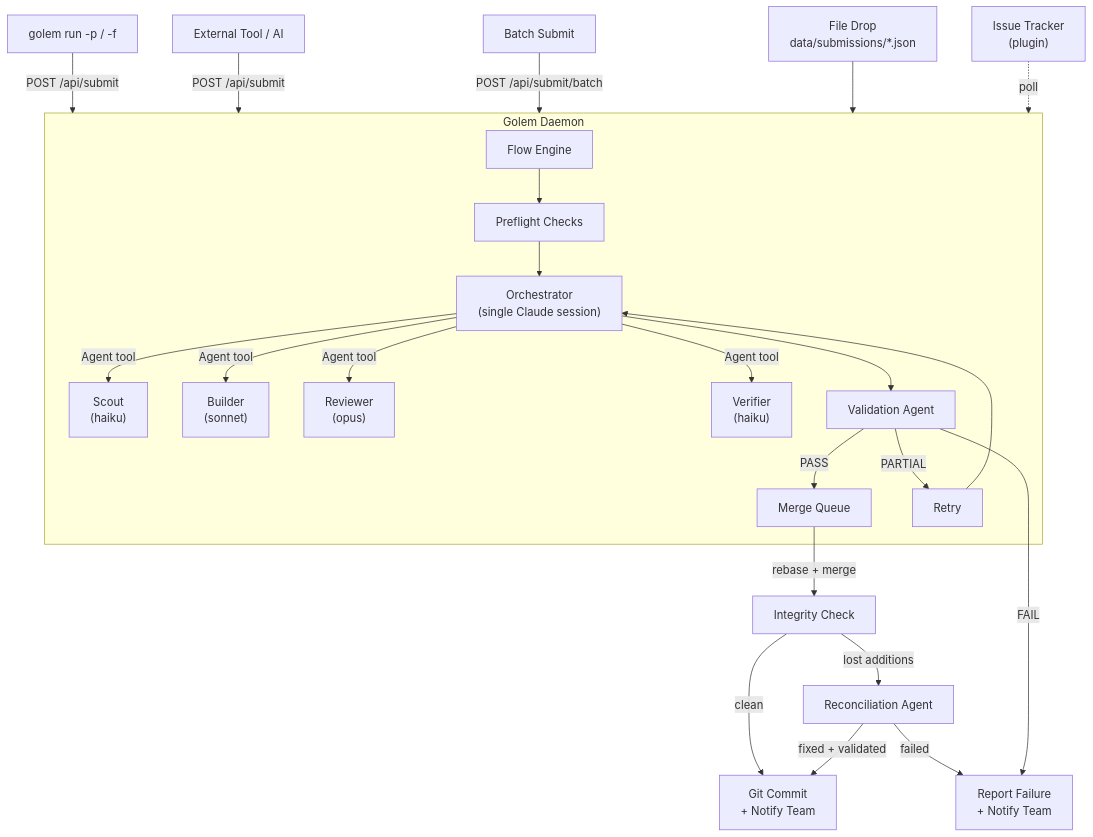
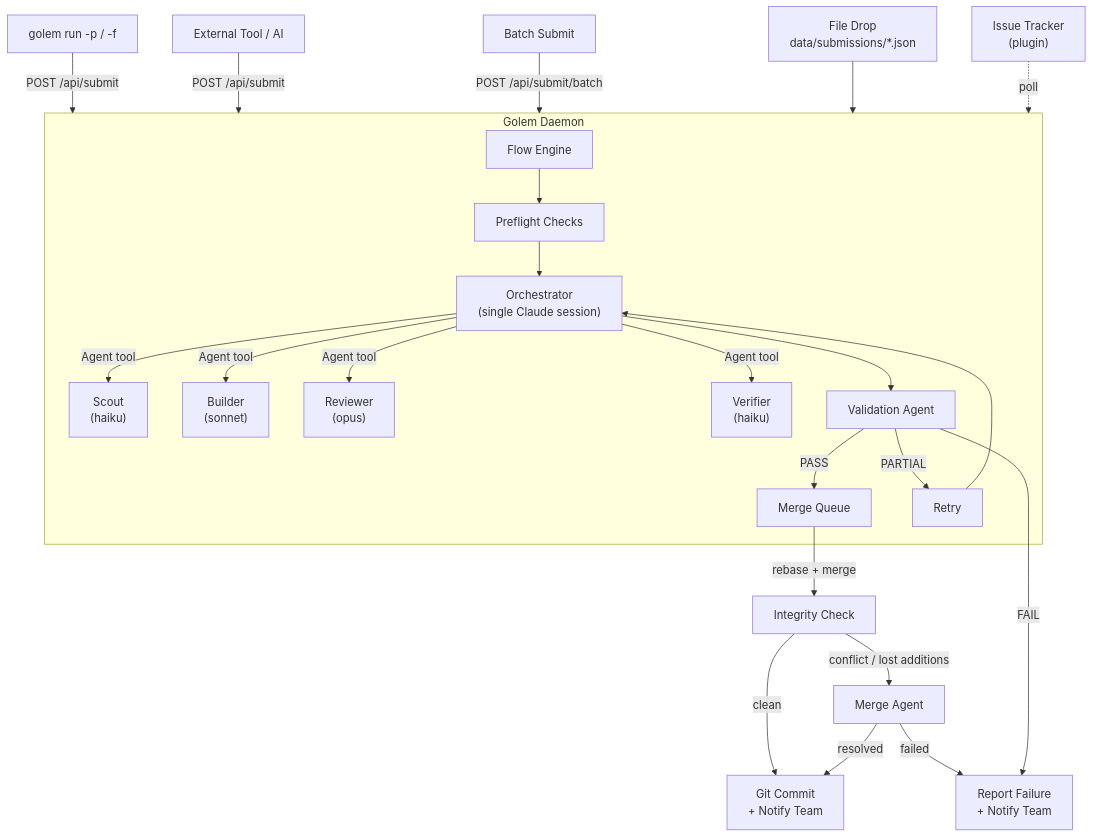
One commit to itsmeboris/Golem changed the first of 4 diagrams in README.md. Above: the diagram before and after it, drawn with Mermaid. The commit also changed other lines of this file and 1 other file, not shown here.

First line of the commit message:
docs: update README to reflect isolated merge worktree redesign

````diff
--- a/README.md
+++ b/README.md
@@ -102,31 +102,31 @@
 ```mermaid
 flowchart TB
     cli["golem run -p / -f"] -- "POST /api/submit" --> daemon
     api["External Tool / AI"] -- "POST /api/submit" --> daemon
     batch["Batch Submit"] -- "POST /api/submit/batch" --> daemon
     drop["File Drop<br/>data/submissions/*.json"] --> daemon
     tracker["Issue Tracker<br/>(plugin)"] -. "poll" .-> daemon
 
     subgraph daemon ["Golem Daemon"]
         flow["Flow Engine"] --> preflight["Preflight Checks"]
         preflight --> orch["Orchestrator<br/>(single Claude session)"]
 
         orch -- "Agent tool" --> scout["Scout<br/>(haiku)"]
         orch -- "Agent tool" --> builder["Builder<br/>(sonnet)"]
         orch -- "Agent tool" --> reviewer["Reviewer<br/>(opus)"]
         orch -- "Agent tool" --> verifier["Verifier<br/>(haiku)"]
 
         orch --> val["Validation Agent"]
 
         val -- PASS --> mq["Merge Queue"]
         val -- PARTIAL --> retry["Retry"]
         retry --> orch
     end
 
     mq -- "rebase + merge" --> verify["Integrity Check"]
     verify -- "clean" --> commit["Git Commit<br/>+ Notify Team"]
-    verify -- "lost additions" --> reconcile["Reconciliation Agent"]
-    reconcile -- "fixed + validated" --> commit
-    reconcile -- "failed" --> report
+    verify -- "conflict / lost additions" --> magent["Merge Agent"]
+    magent -- "resolved" --> commit
+    magent -- "failed" --> report
     val -- FAIL --> report["Report Failure<br/>+ Notify Team"]
 ```
````
